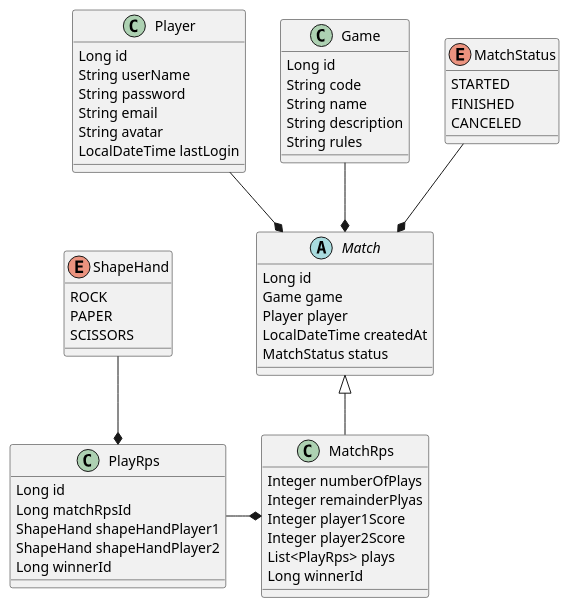
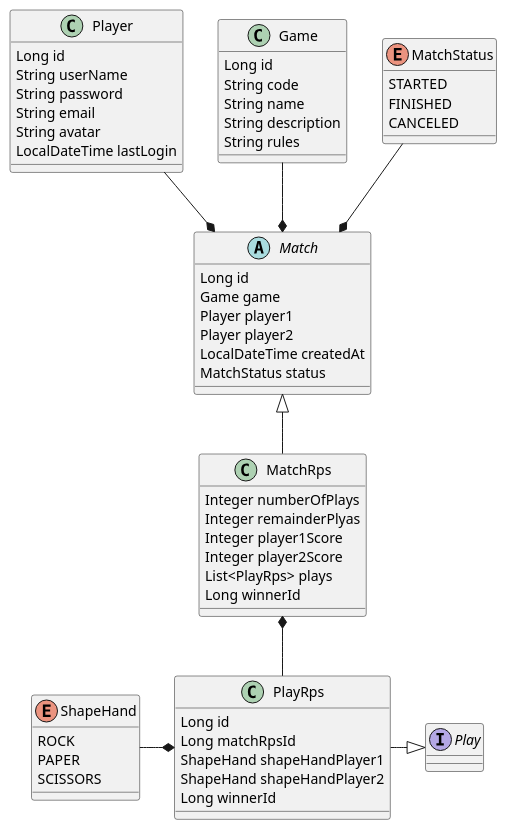
Before and after one commit to moliva177/myFirstSpringApiRest: the diagram in docs/diagrams/model/model.puml, drawn with PlantUML. The commit also changed 20 other files, not shown here.

```diff
--- a/docs/diagrams/model/model.puml
+++ b/docs/diagrams/model/model.puml
@@ -1,64 +1,68 @@
 @startuml
 
 class Player{
     Long id
     String userName
     String password
     String email
     String avatar
     LocalDateTime lastLogin
 }
 
 class Game {
     Long id
     String code
     String name
     String description
     String rules
 }
 
 abstract Match {
     Long id
     Game game
-    Player player
+    Player player1
+    Player player2
     LocalDateTime createdAt
     MatchStatus status
 }
 
 class MatchRps {
     Integer numberOfPlays
     Integer remainderPlyas
     Integer player1Score
     Integer player2Score
     List<PlayRps> plays
     Long winnerId
 }
+
+interface Play{}
 
 class PlayRps {
     Long id
     Long matchRpsId
     ShapeHand shapeHandPlayer1
     ShapeHand shapeHandPlayer2
     Long winnerId
 }
 
 enum ShapeHand {
     ROCK
     PAPER
     SCISSORS
 }
 
 enum MatchStatus {
     STARTED
     FINISHED
     CANCELED
 }
 
 MatchStatus --* Match
 Game --* Match
 Player --* Match
 Match <|-- MatchRps
-PlayRps -* MatchRps
-ShapeHand --* PlayRps
+MatchRps *-- PlayRps
+PlayRps *-l- ShapeHand
+PlayRps -r-|> Play
 
 @enduml
```
